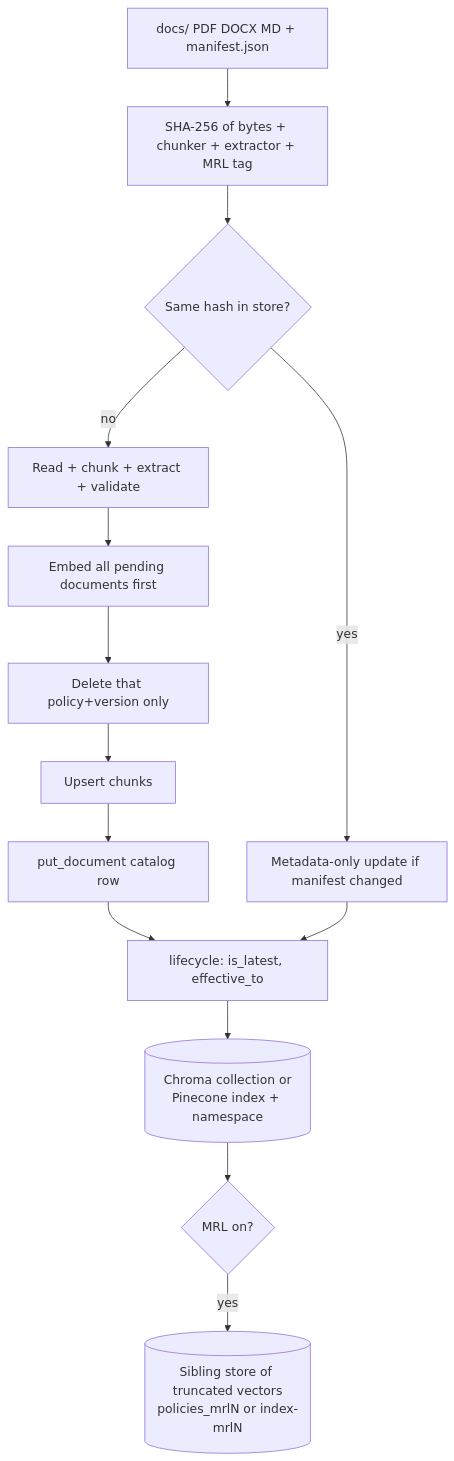
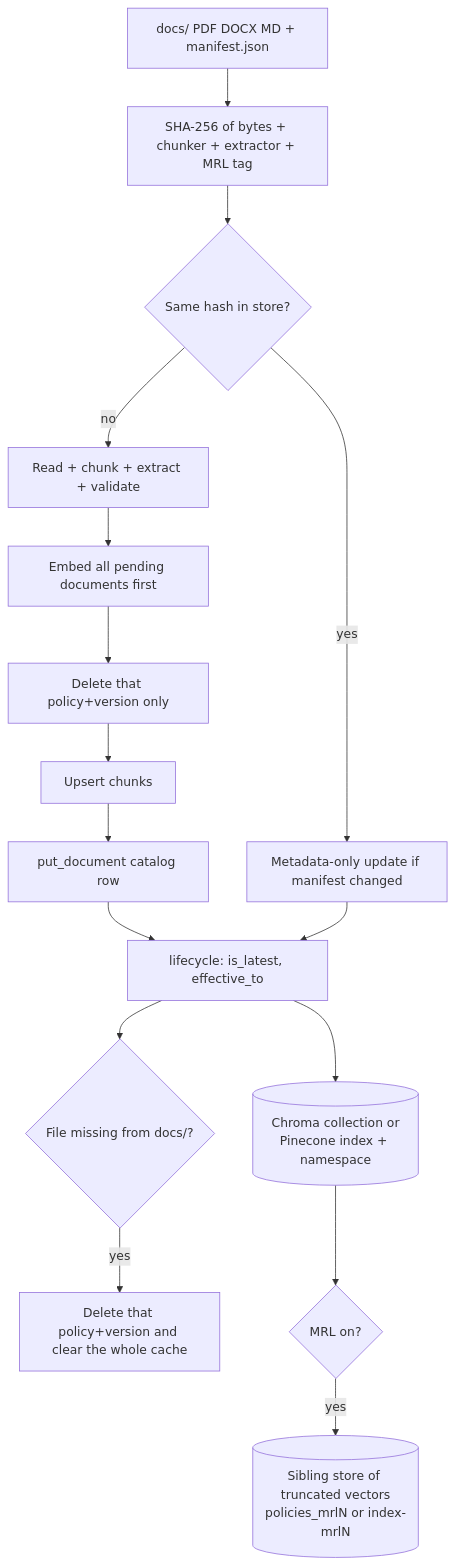
The second of 3 diagrams in new.md (nachiketht/doofenshmirtz-evil-incorporated-rag), drawn with Mermaid before and after one commit. The commit also changed 8 other files, not shown here.

````diff
--- a/new.md
+++ b/new.md
@@ -40,16 +40,18 @@
 ```mermaid
 flowchart TD
     Docs[docs/ PDF DOCX MD + manifest.json] --> Hash[SHA-256 of bytes + chunker + extractor + MRL tag]
     Hash --> Skip{Same hash in store?}
     Skip -->|yes| Meta[Metadata-only update if manifest changed]
     Skip -->|no| Read[Read + chunk + extract + validate]
     Read --> Emb[Embed all pending documents first]
     Emb --> Del[Delete that policy+version only]
     Del --> Up[Upsert chunks]
     Up --> Cat[put_document catalog row]
     Cat --> Life[lifecycle: is_latest, effective_to]
     Meta --> Life
+    Life --> Gone{File missing from docs/?}
+    Gone -->|yes| Drop[Delete that policy+version and clear the whole cache]
     Life --> Store[(Chroma collection or<br/>Pinecone index + namespace)]
     Store --> MRL{MRL on?}
     MRL -->|yes| Small[(Sibling store of truncated vectors<br/>policies_mrlN or index-mrlN)]
 ```
````
